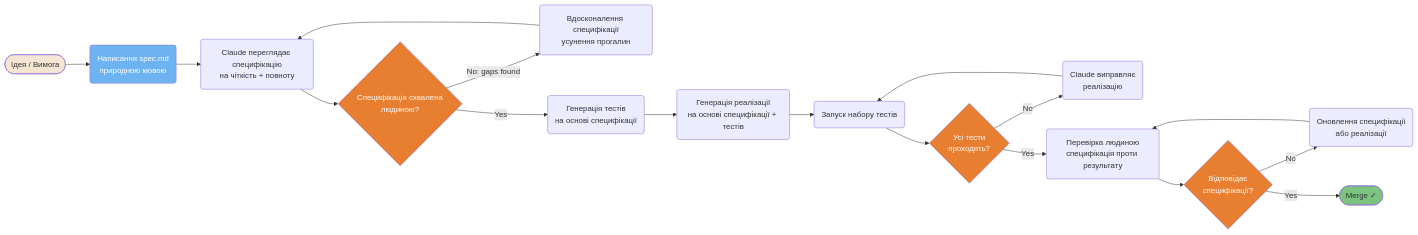
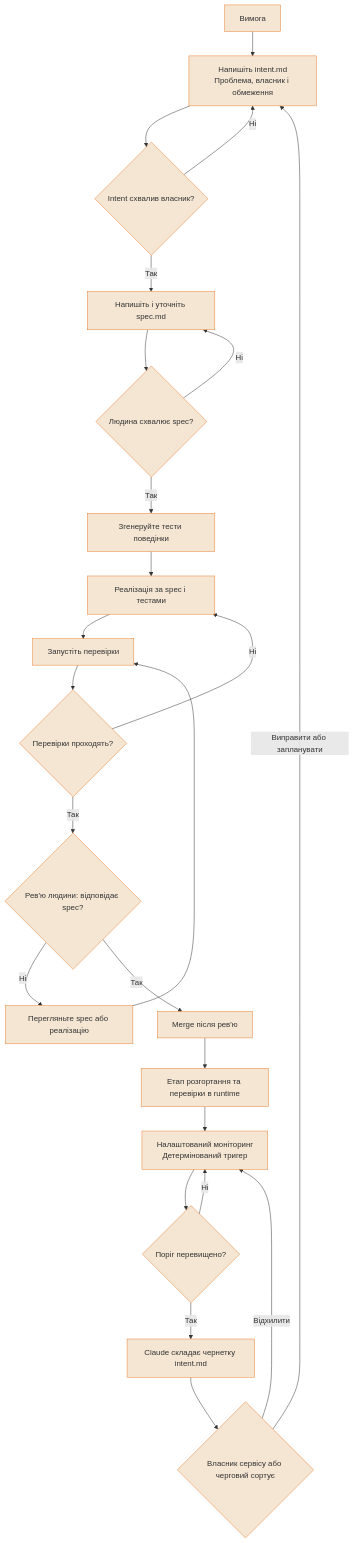
Before and after one commit to sermers-cyber/claude-code-ultimate-guide-ua: the second of 6 diagrams in guide/diagrams/06-development-workflows.uk.md, drawn with Mermaid. The commit also changed other lines of this file and 80 other files, not shown here.

````diff
--- a/guide/diagrams/06-development-workflows.uk.md
+++ b/guide/diagrams/06-development-workflows.uk.md
@@ -94,41 +76,44 @@
 ```mermaid
-flowchart LR
-    A([Ідея / Вимога]) --> B(Написання spec.md<br/>природною мовою)
-    B --> C(Claude переглядає специфікацію<br/>на чіткість + повноту)
-    C --> D{Специфікація схвалена<br/> людиною?}
-    D -->|No: gaps found| E(Вдосконалення специфікації<br/>усунення прогалин)
-    E --> C
-    D -->|Yes| F(Генерація тестів<br/>на основі специфікації)
-    F --> G(Генерація реалізації<br/>на основі специфікації + тестів)
-    G --> H(Запуск набору тестів)
-    H --> I{Усі тести<br/>проходять?}
-    I -->|No| J(Claude виправляє<br/>реалізацію)
-    J --> H
-    I -->|Yes| K(Перевірка людиною<br/>специфікація проти результату)
-    K --> L{Відповідає<br/>специфікації?}
-    L -->|No| M(Оновлення специфікації<br/>або реалізації)
-    M --> K
-    L -->|Yes| N([Merge ✓])
-
-    style A fill:#F5E6D3,color:#333
-    style B fill:#6DB3F2,color:#fff
-    style D fill:#E87E2F,color:#fff
-    style I fill:#E87E2F,color:#fff
-    style L fill:#E87E2F,color:#fff
-    style N fill:#7BC47F,color:#333
-
-    click A href "https://github.com/gerasimsergey/claude-code-ultimate-guide-ua/blob/main/guide/workflows/spec-first.md" "Ідея / Вимога"
-    click B href "https://github.com/gerasimsergey/claude-code-ultimate-guide-ua/blob/main/guide/workflows/spec-first.md" "Write spec.md"
-    click C href "https://github.com/gerasimsergey/claude-code-ultimate-guide-ua/blob/main/guide/workflows/spec-first.md" "Claude reviews spec"
-    click D href "https://github.com/gerasimsergey/claude-code-ultimate-guide-ua/blob/main/guide/workflows/spec-first.md" "Spec approved by human?"
-    click E href "https://github.com/gerasimsergey/claude-code-ultimate-guide-ua/blob/main/guide/workflows/spec-first.md" "Refine spec"
-    click F href "https://github.com/gerasimsergey/claude-code-ultimate-guide-ua/blob/main/guide/workflows/spec-first.md" "Generate tests from spec"
-    click G href "https://github.com/gerasimsergey/claude-code-ultimate-guide-ua/blob/main/guide/workflows/spec-first.md" "Generate implementation"
-    click H href "https://github.com/gerasimsergey/claude-code-ultimate-guide-ua/blob/main/guide/workflows/spec-first.md" "Run test suite"
-    click I href "https://github.com/gerasimsergey/claude-code-ultimate-guide-ua/blob/main/guide/workflows/spec-first.md" "All tests pass?"
-    click J href "https://github.com/gerasimsergey/claude-code-ultimate-guide-ua/blob/main/guide/workflows/spec-first.md" "Claude fixes implementation"
-    click K href "https://github.com/gerasimsergey/claude-code-ultimate-guide-ua/blob/main/guide/workflows/spec-first.md" "Human review"
-    click L href "https://github.com/gerasimsergey/claude-code-ultimate-guide-ua/blob/main/guide/workflows/spec-first.md" "Matches spec?"
-    click M href "https://github.com/gerasimsergey/claude-code-ultimate-guide-ua/blob/main/guide/workflows/spec-first.md" "Update spec or implementation"
-    click N href "https://github.com/gerasimsergey/claude-code-ultimate-guide-ua/blob/main/guide/workflows/spec-first.md" "Merge ✓"
+flowchart TD
+    IDEA["Вимога"] --> INTENT["Напишіть intent.md<br/>Проблема, власник і обмеження"]
+    INTENT --> IA{"Intent схвалив власник?"}
+    IA -->|Ні| INTENT
+    IA -->|Так| SPEC["Напишіть і уточніть spec.md"]
+    SPEC --> SA{"Людина схвалює spec?"}
+    SA -->|Ні| SPEC
+    SA -->|Так| TESTS["Згенеруйте тести поведінки"]
+    TESTS --> IMPL["Реалізація за spec і тестами"]
+    IMPL --> RUN["Запустіть перевірки"]
+    RUN --> PASS{"Перевірки проходять?"}
+    PASS -->|Ні| IMPL
+    PASS -->|Так| REVIEW{"Рев'ю людини: відповідає spec?"}
+    REVIEW -->|Ні| FIX["Перегляньте spec або реалізацію"]
+    FIX --> RUN
+    REVIEW -->|Так| MERGE["Merge після рев'ю"]
+    MERGE --> DEPLOY["Етап розгортання та перевірки в runtime"]
+    DEPLOY --> MON["Налаштований моніторинг<br/>Детермінований тригер"]
+    MON --> BREACH{"Поріг перевищено?"}
+    BREACH -->|Ні| MON
+    BREACH -->|Так| DRAFT["Claude складає чернетку intent.md"]
+    DRAFT --> TRIAGE{"Власник сервісу або черговий сортує"}
+    TRIAGE -->|Виправити або запланувати| INTENT
+    TRIAGE -->|Відхилити| MON
+    classDef default fill:#F5E6D3,color:#333,stroke:#E87E2F
+    click IDEA href "https://github.com/gerasimsergey/claude-code-ultimate-guide-ua/blob/main/guide/workflows/spec-first.uk.md" "Переглянути цей патерн у посібнику"
+    click INTENT href "https://github.com/gerasimsergey/claude-code-ultimate-guide-ua/blob/main/guide/workflows/spec-first.uk.md" "Переглянути цей патерн у посібнику"
+    click IA href "https://github.com/gerasimsergey/claude-code-ultimate-guide-ua/blob/main/guide/workflows/spec-first.uk.md" "Переглянути цей патерн у посібнику"
+    click SPEC href "https://github.com/gerasimsergey/claude-code-ultimate-guide-ua/blob/main/guide/workflows/spec-first.uk.md" "Переглянути цей патерн у посібнику"
+    click SA href "https://github.com/gerasimsergey/claude-code-ultimate-guide-ua/blob/main/guide/workflows/spec-first.uk.md" "Переглянути цей патерн у посібнику"
+    click TESTS href "https://github.com/gerasimsergey/claude-code-ultimate-guide-ua/blob/main/guide/workflows/spec-first.uk.md" "Переглянути цей патерн у посібнику"
+    click IMPL href "https://github.com/gerasimsergey/claude-code-ultimate-guide-ua/blob/main/guide/workflows/spec-first.uk.md" "Переглянути цей патерн у посібнику"
+    click RUN href "https://github.com/gerasimsergey/claude-code-ultimate-guide-ua/blob/main/guide/workflows/spec-first.uk.md" "Переглянути цей патерн у посібнику"
+    click PASS href "https://github.com/gerasimsergey/claude-code-ultimate-guide-ua/blob/main/guide/workflows/spec-first.uk.md" "Переглянути цей патерн у посібнику"
+    click REVIEW href "https://github.com/gerasimsergey/claude-code-ultimate-guide-ua/blob/main/guide/workflows/spec-first.uk.md" "Переглянути цей патерн у посібнику"
+    click FIX href "https://github.com/gerasimsergey/claude-code-ultimate-guide-ua/blob/main/guide/workflows/spec-first.uk.md" "Переглянути цей патерн у посібнику"
+    click MERGE href "https://github.com/gerasimsergey/claude-code-ultimate-guide-ua/blob/main/guide/workflows/spec-first.uk.md" "Переглянути цей патерн у посібнику"
+    click DEPLOY href "https://github.com/gerasimsergey/claude-code-ultimate-guide-ua/blob/main/guide/workflows/spec-first.uk.md" "Переглянути цей патерн у посібнику"
+    click MON href "https://github.com/gerasimsergey/claude-code-ultimate-guide-ua/blob/main/guide/workflows/spec-first.uk.md" "Переглянути цей патерн у посібнику"
+    click BREACH href "https://github.com/gerasimsergey/claude-code-ultimate-guide-ua/blob/main/guide/workflows/spec-first.uk.md" "Переглянути цей патерн у посібнику"
+    click DRAFT href "https://github.com/gerasimsergey/claude-code-ultimate-guide-ua/blob/main/guide/workflows/spec-first.uk.md" "Переглянути цей патерн у посібнику"
+    click TRIAGE href "https://github.com/gerasimsergey/claude-code-ultimate-guide-ua/blob/main/guide/workflows/spec-first.uk.md" "Переглянути цей патерн у посібнику"
 ```
````
